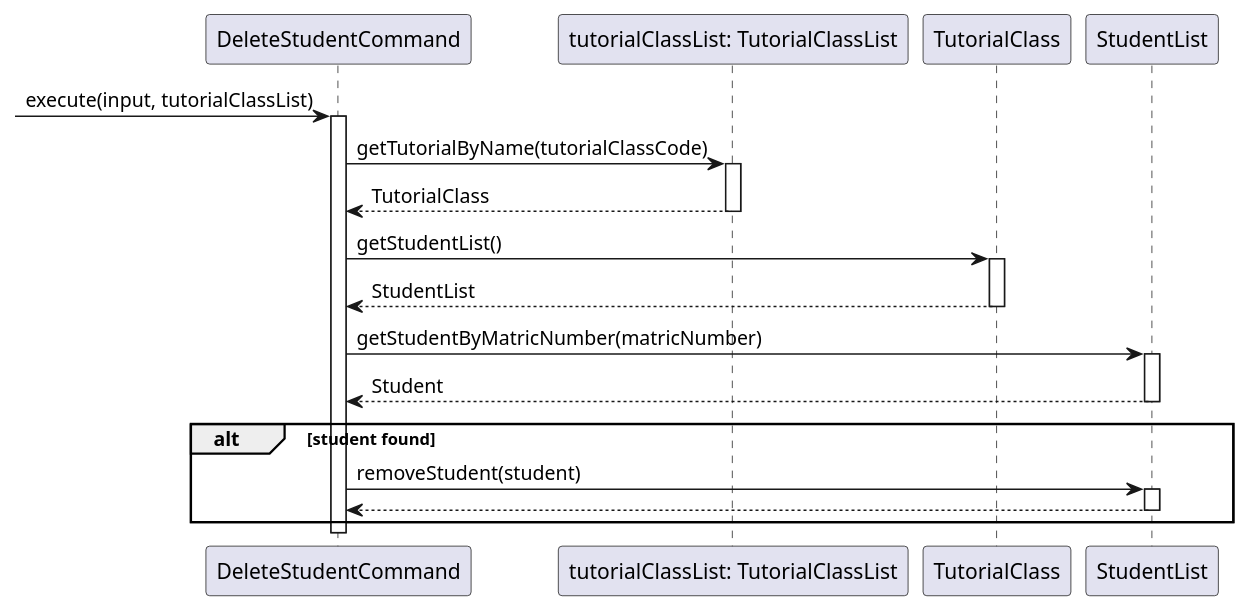
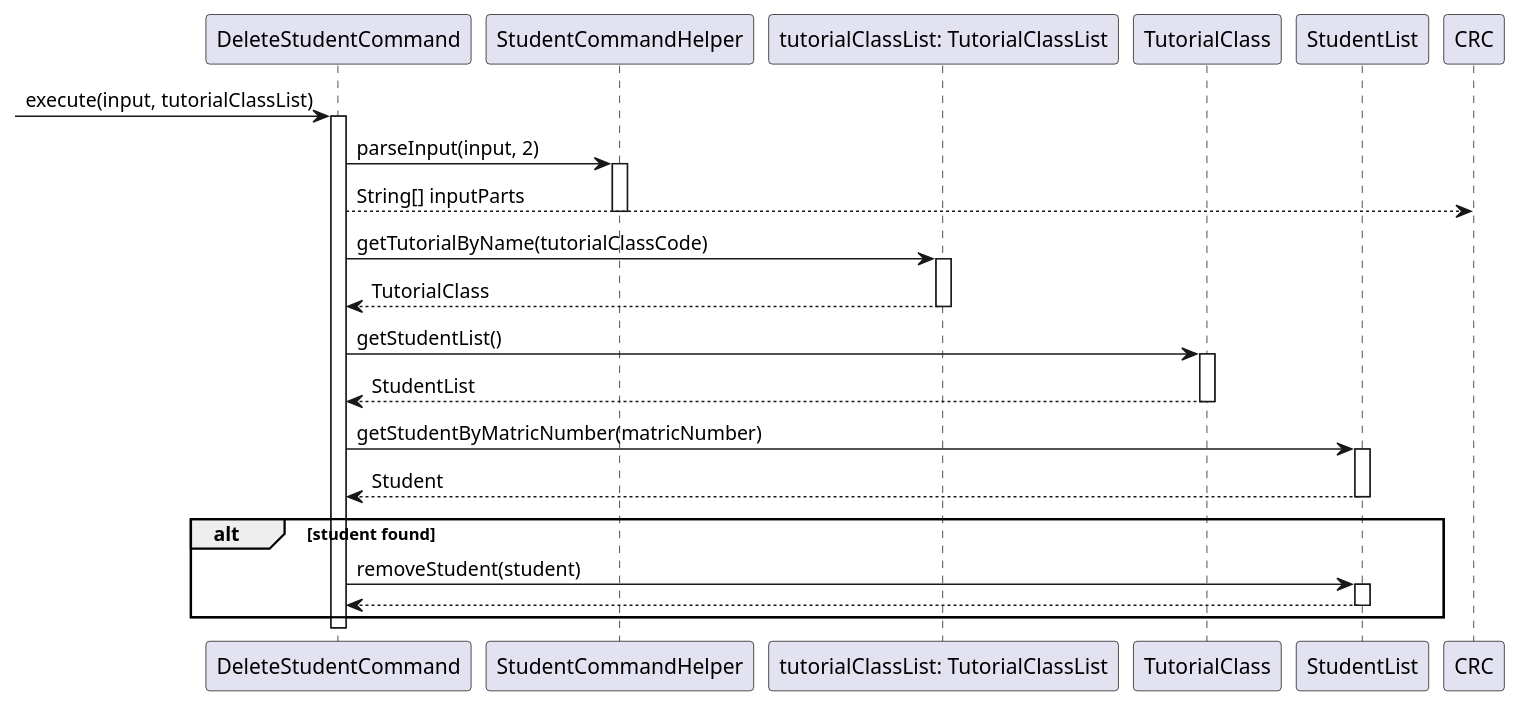
Before and after one commit to wongyihao02/tp: the diagram in docs/diagrams/studentcommands/DeleteStudentCommandSequenceDiagram.puml, drawn with PlantUML. The commit also changed 22 other files, not shown here.

Commit message:
Update sequence diagrams in DG

```diff
--- a/docs/diagrams/studentcommands/DeleteStudentCommandSequenceDiagram.puml
+++ b/docs/diagrams/studentcommands/DeleteStudentCommandSequenceDiagram.puml
@@ -1,36 +1,42 @@
 @startuml
 
 participant "DeleteStudentCommand" as DSC
+participant "StudentCommandHelper" as Helper
 participant "tutorialClassList: TutorialClassList" as TCL
 participant "TutorialClass" as TC
 participant "StudentList" as SL
 
 -> DSC: execute(input, tutorialClassList)
 activate DSC
+
+DSC -> Helper: parseInput(input, 2)
+activate Helper
+DSC --> CRC: String[] inputParts
+deactivate Helper
 
 DSC -> TCL: getTutorialByName(tutorialClassCode)
 activate TCL
 TCL --> DSC: TutorialClass
 deactivate TCL
 
 
     DSC -> TC: getStudentList()
     activate TC
     TC --> DSC: StudentList
     deactivate TC
 
     DSC -> SL: getStudentByMatricNumber(matricNumber)
     activate SL
     SL --> DSC: Student
     deactivate SL
 
     alt student found
         DSC -> SL: removeStudent(student)
         activate SL
         SL --> DSC
         deactivate SL
     end
     deactivate DSC
 
 
 @enduml
```
